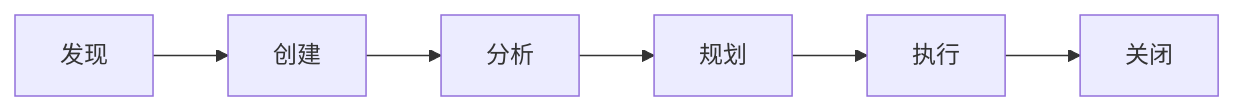
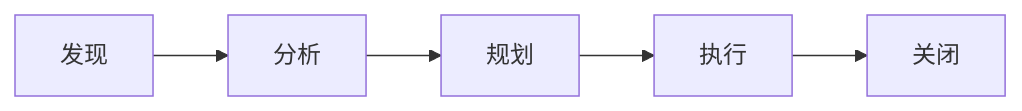
The second of 2 diagrams in README.zh-CN.md (catlog22/maestro-flow), drawn with Mermaid before and after one commit. The commit also changed other lines of this file and 6 other files, not shown here.

````diff
--- a/README.zh-CN.md
+++ b/README.zh-CN.md
@@ -130,8 +86,7 @@
 ```mermaid
 graph LR
-    A[发现] --> B[创建]
-    B --> C[分析]
-    C --> D[规划]
-    D --> E[执行]
-    E --> F[关闭]
+    A[发现] --> B[分析]
+    B --> C[规划]
+    C --> D[执行]
+    D --> E[关闭]
 ```
````
